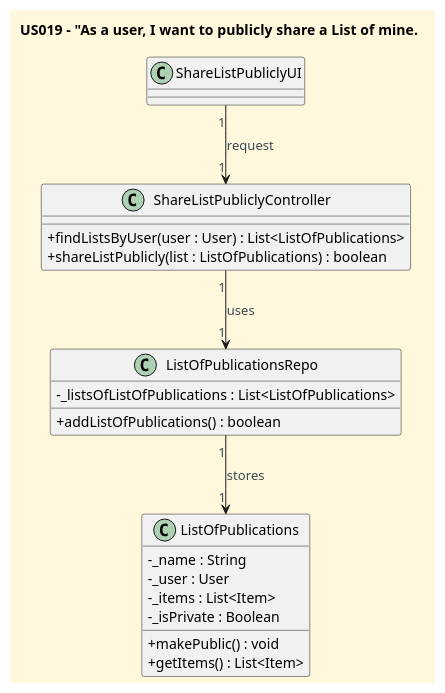
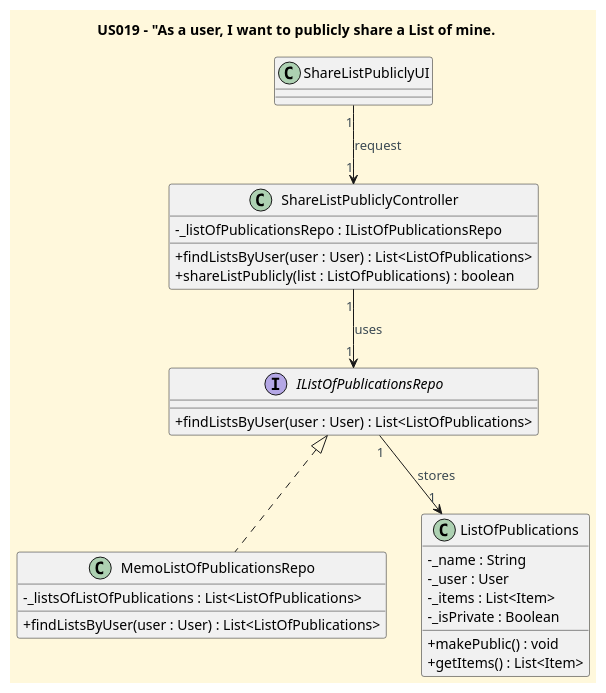
Before and after one commit to CarolinaLeite-collab/JavaMarketplacePlatform: the diagram in docs/userStories/US019/US019_to_publicly_share_a_list_CD.puml, drawn with PlantUML. The commit also changed 5 other files, not shown here.

Commit message:
docs(diagrams): #369: update SDs/CDs for US017, US019, US020 to use IListOfPublicationsRepo.

```diff
--- a/docs/userStories/US019/US019_to_publicly_share_a_list_CD.puml
+++ b/docs/userStories/US019/US019_to_publicly_share_a_list_CD.puml
@@ -1,42 +1,48 @@
 @startuml
 'https://plantuml.com/class-diagram
 title US019 – "As a user, I want to publicly share a List of mine.
 
 '==== basic style ====
 skinparam monochrome false
 skinparam shadowing false
 skinparam defaultFontName Futura
 skinparam objectFontSize 20
 skinparam backgroundColor CornSilk
 skinparam objectBackgroundColor WhiteSmoke
 skinparam noteBackgroundColor #FFFFE0
 skinparam ArrowFontColor #3B4953
 skinparam ActivationBackgroundColor black
 skinparam classAttributeIconSize 0
 
 class ShareListPubliclyUI
 
 class ShareListPubliclyController {
+    - _listOfPublicationsRepo : IListOfPublicationsRepo
     + findListsByUser(user : User) : List<ListOfPublications>
     + shareListPublicly(list : ListOfPublications) : boolean
 }
 
-class ListOfPublicationsRepo {
+interface IListOfPublicationsRepo {
+    + findListsByUser(user : User) : List<ListOfPublications>
+}
+
+class MemoListOfPublicationsRepo {
     - _listsOfListOfPublications : List<ListOfPublications>
-    + addListOfPublications() : boolean
+    + findListsByUser(user : User) : List<ListOfPublications>
 }
 
 class ListOfPublications {
     - _name : String
     - _user : User
     - _items : List<Item>
     - _isPrivate : Boolean
     + makePublic() : void
     + getItems() : List<Item>
 }
 
 "ShareListPubliclyUI" "1" --> "1" "ShareListPubliclyController" : request
-"ShareListPubliclyController" "1" --> "1" "ListOfPublicationsRepo" : uses
-"ListOfPublicationsRepo" "1" --> "1" "ListOfPublications" : stores
+"ShareListPubliclyController" "1" --> "1" "IListOfPublicationsRepo" : uses
+"IListOfPublicationsRepo" "1" --> "1" "ListOfPublications" : stores
+IListOfPublicationsRepo <|.. MemoListOfPublicationsRepo
 
 @enduml
```
